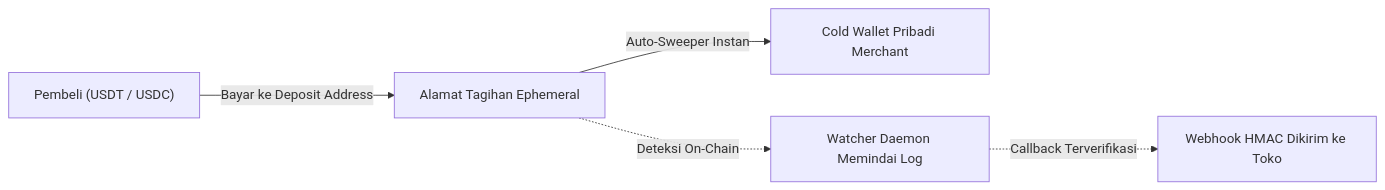
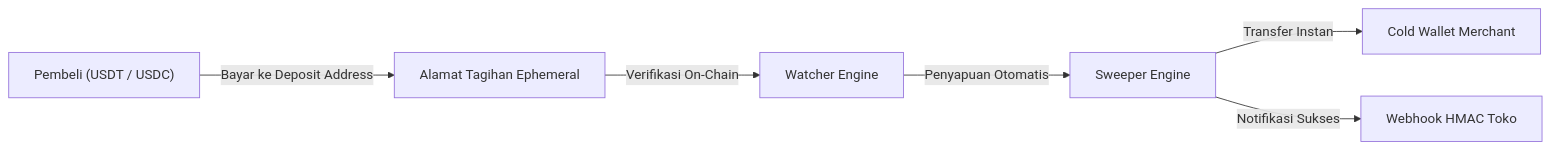
The diagram in DOC/manual/01_arsitektur_dan_toc.md (gonzhilaz/bpg), drawn with Mermaid before and after one commit. The commit also changed other lines of this file and 19 other files, not shown here.

````diff
--- a/DOC/manual/01_arsitektur_dan_toc.md
+++ b/DOC/manual/01_arsitektur_dan_toc.md
@@ -98,7 +88,8 @@
 ```mermaid
 flowchart LR
     Buyer["Pembeli (USDT / USDC)"] -->|"Bayar ke Deposit Address"| Ephemeral["Alamat Tagihan Ephemeral"]
-    Ephemeral -->|"Auto-Sweeper Instan"| ColdWallet["Cold Wallet Pribadi Merchant"]
-    Ephemeral -.->|"Deteksi On-Chain"| Indexer["Watcher Daemon Memindai Log"]
-    Indexer -.->|"Callback Terverifikasi"| Webhook["Webhook HMAC Dikirim ke Toko"]
+    Ephemeral -->|"Verifikasi On-Chain"| Watcher["Watcher Engine"]
+    Watcher -->|"Penyapuan Otomatis"| Sweeper["Sweeper Engine"]
+    Sweeper -->|"Transfer Instan"| ColdWallet["Cold Wallet Merchant"]
+    Sweeper -->|"Notifikasi Sukses"| Webhook["Webhook HMAC Toko"]
 ```
````
